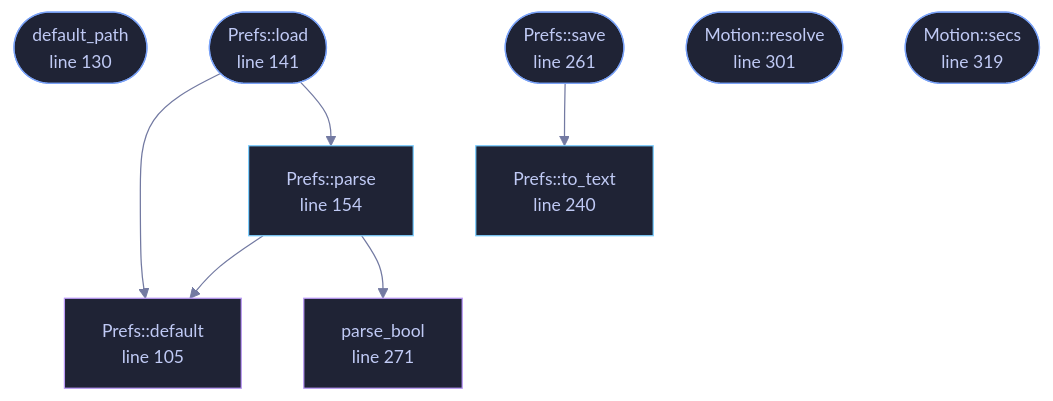
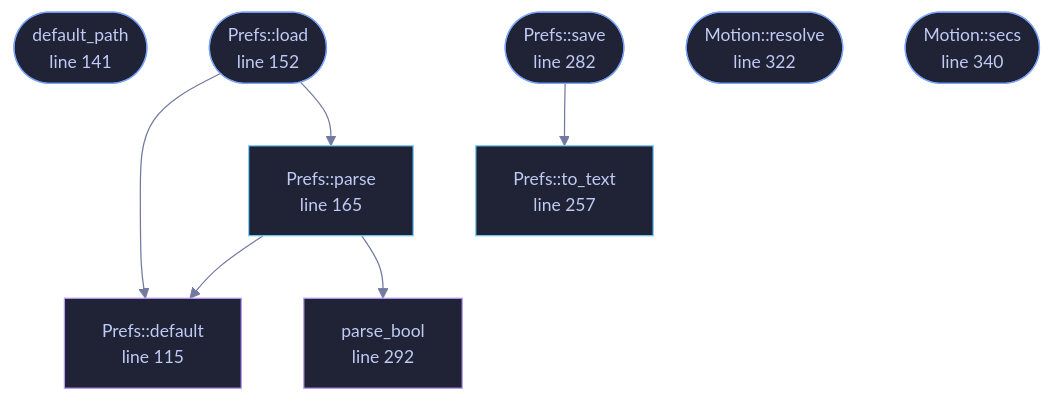
Before and after one commit to tilas01/veilvoice: the diagram in wiki/File-veilvoice-gui-prefs.md, drawn with Mermaid. The commit also changed other lines of this file and 49 other files, not shown here.

````diff
--- a/wiki/File-veilvoice-gui-prefs.md
+++ b/wiki/File-veilvoice-gui-prefs.md
@@ -94,33 +94,33 @@
 ```mermaid
 %%{init: {"theme":"base","themeVariables":{"background":"#1a1b26","primaryColor":"#1f2335","primaryTextColor":"#c0caf5","primaryBorderColor":"#7aa2f7","secondaryColor":"#16161e","tertiaryColor":"#16161e","lineColor":"#737aa2","textColor":"#c0caf5","mainBkg":"#1f2335","nodeBorder":"#7aa2f7","clusterBkg":"#16161e","clusterBorder":"#2f3549","fontFamily":"ui-monospace, SFMono-Regular, Consolas, monospace","fontSize":"14px"}}}%%
 flowchart TD
-    n_default["Prefs::default<br/>line 105"]
-    n_default_path(["default_path<br/>line 130"])
-    n_load(["Prefs::load<br/>line 141"])
-    n_parse["Prefs::parse<br/>line 154"]
-    n_to_text["Prefs::to_text<br/>line 240"]
-    n_save(["Prefs::save<br/>line 261"])
-    n_parse_bool["parse_bool<br/>line 271"]
-    n_resolve(["Motion::resolve<br/>line 301"])
-    n_secs(["Motion::secs<br/>line 319"])
+    n_default["Prefs::default<br/>line 115"]
+    n_default_path(["default_path<br/>line 141"])
+    n_load(["Prefs::load<br/>line 152"])
+    n_parse["Prefs::parse<br/>line 165"]
+    n_to_text["Prefs::to_text<br/>line 257"]
+    n_save(["Prefs::save<br/>line 282"])
+    n_parse_bool["parse_bool<br/>line 292"]
+    n_resolve(["Motion::resolve<br/>line 322"])
+    n_secs(["Motion::secs<br/>line 340"])
     n_load --> n_default
     n_load --> n_parse
     n_parse --> n_default
     n_parse --> n_parse_bool
     n_save --> n_to_text
-    click n_default href "https://github.com/tilas01/veilvoice/blob/main/crates/veilvoice-gui/src/prefs.rs#L105" "open the source"
-    click n_default_path href "https://github.com/tilas01/veilvoice/blob/main/crates/veilvoice-gui/src/prefs.rs#L130" "open the source"
-    click n_load href "https://github.com/tilas01/veilvoice/blob/main/crates/veilvoice-gui/src/prefs.rs#L141" "open the source"
-    click n_parse href "https://github.com/tilas01/veilvoice/blob/main/crates/veilvoice-gui/src/prefs.rs#L154" "open the source"
-    click n_to_text href "https://github.com/tilas01/veilvoice/blob/main/crates/veilvoice-gui/src/prefs.rs#L240" "open the source"
-    click n_save href "https://github.com/tilas01/veilvoice/blob/main/crates/veilvoice-gui/src/prefs.rs#L261" "open the source"
-    click n_parse_bool href "https://github.com/tilas01/veilvoice/blob/main/crates/veilvoice-gui/src/prefs.rs#L271" "open the source"
-    click n_resolve href "https://github.com/tilas01/veilvoice/blob/main/crates/veilvoice-gui/src/prefs.rs#L301" "open the source"
-    click n_secs href "https://github.com/tilas01/veilvoice/blob/main/crates/veilvoice-gui/src/prefs.rs#L319" "open the source"
+    click n_default href "https://github.com/tilas01/veilvoice/blob/main/crates/veilvoice-gui/src/prefs.rs#L115" "open the source"
+    click n_default_path href "https://github.com/tilas01/veilvoice/blob/main/crates/veilvoice-gui/src/prefs.rs#L141" "open the source"
+    click n_load href "https://github.com/tilas01/veilvoice/blob/main/crates/veilvoice-gui/src/prefs.rs#L152" "open the source"
+    click n_parse href "https://github.com/tilas01/veilvoice/blob/main/crates/veilvoice-gui/src/prefs.rs#L165" "open the source"
+    click n_to_text href "https://github.com/tilas01/veilvoice/blob/main/crates/veilvoice-gui/src/prefs.rs#L257" "open the source"
+    click n_save href "https://github.com/tilas01/veilvoice/blob/main/crates/veilvoice-gui/src/prefs.rs#L282" "open the source"
+    click n_parse_bool href "https://github.com/tilas01/veilvoice/blob/main/crates/veilvoice-gui/src/prefs.rs#L292" "open the source"
+    click n_resolve href "https://github.com/tilas01/veilvoice/blob/main/crates/veilvoice-gui/src/prefs.rs#L322" "open the source"
+    click n_secs href "https://github.com/tilas01/veilvoice/blob/main/crates/veilvoice-gui/src/prefs.rs#L340" "open the source"
     classDef entry fill:#1f2335,stroke:#7aa2f7,color:#c0caf5
     class n_default_path,n_load,n_save,n_resolve,n_secs entry
     classDef api fill:#1f2335,stroke:#7dcfff,color:#c0caf5
     class n_parse,n_to_text api
     classDef helper fill:#1f2335,stroke:#bb9af7,color:#c0caf5
     class n_default,n_parse_bool helper
 ```
````
